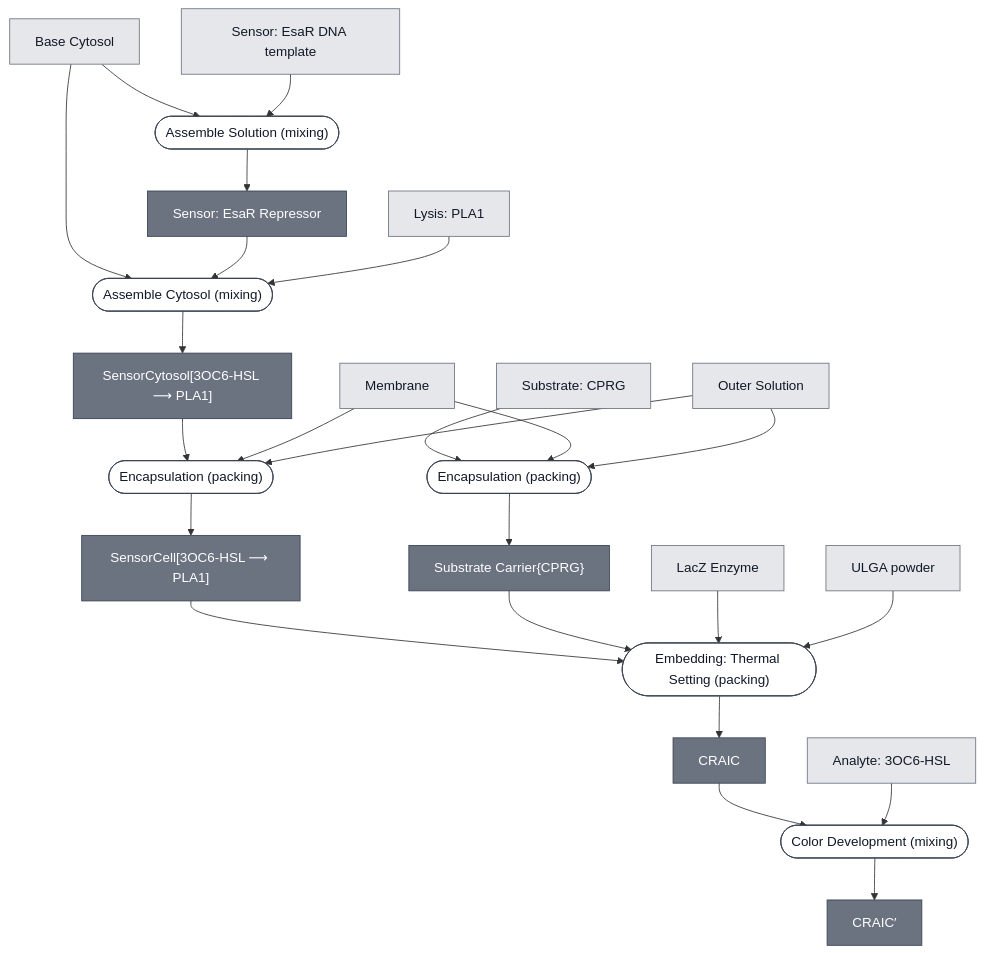
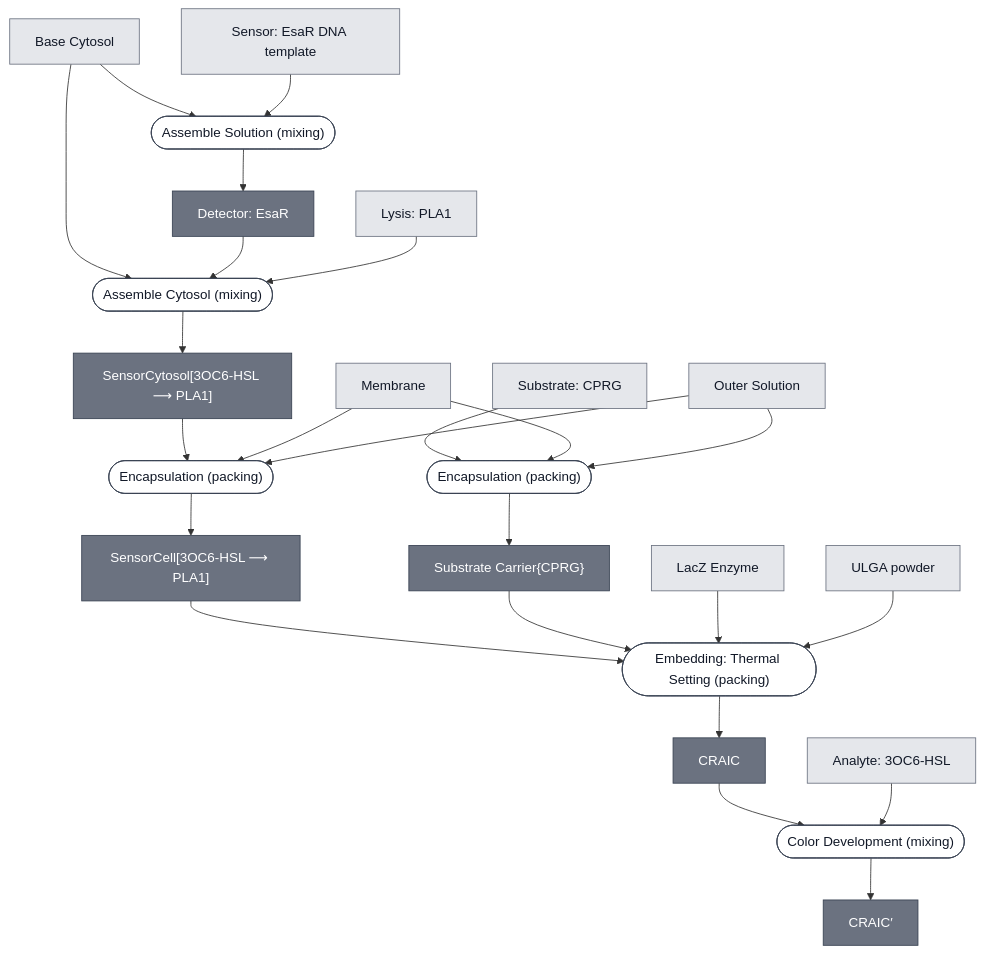
One commit to nucleus-eng/nucleus-docs changed the diagram in docs/modules/craic-cascade/spec.md. Above: the diagram before and after it, drawn with Mermaid. The commit also changed 8 other files, not shown here.

First line of the commit message:
The meet renderer says when a cascade contributes nothing, and EsaR gets a page

````diff
--- a/docs/modules/craic-cascade/spec.md
+++ b/docs/modules/craic-cascade/spec.md
@@ -35,77 +35,78 @@
 ```mermaid
 flowchart TD
     BASE_CYTOSOL["Base Cytosol"]
     ESAR_DNA["Sensor: EsaR DNA template"]
     EFFECTOR_PLA1["Lysis: PLA1"]
     MEMBRANE_CRAIC["Membrane"]
     OUTER_SOLUTION["Outer Solution"]
     SUBSTRATE_CPRG["Substrate: CPRG"]
     REPORTER_LACZ_ENZYME["LacZ Enzyme"]
     ULGA_POWDER["ULGA powder"]
     ANALYTE_3OC6_HSL["Analyte: 3OC6-HSL"]
 
     P1_EXPRESS_REPRESSOR_0(["Assemble Solution (mixing)"])
-    ESAR_REPRESSOR["Sensor: EsaR Repressor"]
+    DETECTOR_ESAR["Detector: EsaR"]
     P2_ASSEMBLE_CYTOSOL_0(["Assemble Cytosol (mixing)"])
     CRAIC_SENSOR_CYTOSOL["SensorCytosol[3OC6-HSL ⟶ PLA1]"]
     P3_ENCAPSULATE_SENSING_0(["Encapsulation (packing)"])
     CRAIC_SENSING_CELL["SensorCell[3OC6-HSL ⟶ PLA1]"]
     P4_ENCAPSULATE_SUBSTRATE_0(["Encapsulation (packing)"])
     CRAIC_SUBSTRATE_CARRIER["Substrate Carrier{CPRG}"]
     P5_EMBED_ULGA_0(["Embedding: Thermal Setting (packing)"])
     CRAIC_CASCADE["CRAIC"]
     P6_DEVELOP_0(["Color Development (mixing)"])
     CRAIC_CASCADE_DEVELOPED["CRAIC′"]
 
     BASE_CYTOSOL --> P1_EXPRESS_REPRESSOR_0
     ESAR_DNA --> P1_EXPRESS_REPRESSOR_0
-    P1_EXPRESS_REPRESSOR_0 --> ESAR_REPRESSOR
+    P1_EXPRESS_REPRESSOR_0 --> DETECTOR_ESAR
 
     BASE_CYTOSOL --> P2_ASSEMBLE_CYTOSOL_0
-    ESAR_REPRESSOR --> P2_ASSEMBLE_CYTOSOL_0
+    DETECTOR_ESAR --> P2_ASSEMBLE_CYTOSOL_0
     EFFECTOR_PLA1 --> P2_ASSEMBLE_CYTOSOL_0
     P2_ASSEMBLE_CYTOSOL_0 --> CRAIC_SENSOR_CYTOSOL
 
     CRAIC_SENSOR_CYTOSOL --> P3_ENCAPSULATE_SENSING_0
     MEMBRANE_CRAIC --> P3_ENCAPSULATE_SENSING_0
     OUTER_SOLUTION --> P3_ENCAPSULATE_SENSING_0
     P3_ENCAPSULATE_SENSING_0 --> CRAIC_SENSING_CELL
 
     SUBSTRATE_CPRG --> P4_ENCAPSULATE_SUBSTRATE_0
     MEMBRANE_CRAIC --> P4_ENCAPSULATE_SUBSTRATE_0
     OUTER_SOLUTION --> P4_ENCAPSULATE_SUBSTRATE_0
     P4_ENCAPSULATE_SUBSTRATE_0 --> CRAIC_SUBSTRATE_CARRIER
 
     CRAIC_SENSING_CELL --> P5_EMBED_ULGA_0
     CRAIC_SUBSTRATE_CARRIER --> P5_EMBED_ULGA_0
     REPORTER_LACZ_ENZYME --> P5_EMBED_ULGA_0
     ULGA_POWDER --> P5_EMBED_ULGA_0
     P5_EMBED_ULGA_0 --> CRAIC_CASCADE
 
     CRAIC_CASCADE --> P6_DEVELOP_0
     ANALYTE_3OC6_HSL --> P6_DEVELOP_0
     P6_DEVELOP_0 --> CRAIC_CASCADE_DEVELOPED
 
 
     classDef leaf     fill:#e5e7eb,stroke:#6b7280,color:#111827;
     classDef composed fill:#6b7280,stroke:#374151,color:#ffffff;
     classDef process  fill:#ffffff,stroke:#374151,color:#111827;
     class BASE_CYTOSOL,ESAR_DNA,EFFECTOR_PLA1,MEMBRANE_CRAIC,OUTER_SOLUTION,SUBSTRATE_CPRG,REPORTER_LACZ_ENZYME,ULGA_POWDER,ANALYTE_3OC6_HSL leaf;
-    class ESAR_REPRESSOR,CRAIC_SENSOR_CYTOSOL,CRAIC_SENSING_CELL,CRAIC_SUBSTRATE_CARRIER,CRAIC_CASCADE,CRAIC_CASCADE_DEVELOPED composed;
+    class DETECTOR_ESAR,CRAIC_SENSOR_CYTOSOL,CRAIC_SENSING_CELL,CRAIC_SUBSTRATE_CARRIER,CRAIC_CASCADE,CRAIC_CASCADE_DEVELOPED composed;
     class P1_EXPRESS_REPRESSOR_0,P2_ASSEMBLE_CYTOSOL_0,P3_ENCAPSULATE_SENSING_0,P4_ENCAPSULATE_SUBSTRATE_0,P5_EMBED_ULGA_0,P6_DEVELOP_0 process;
 
     click BASE_CYTOSOL "/docs/modules/base-cytosol/spec"
     click EFFECTOR_PLA1 "/docs/modules/effector-pla1/spec"
     click OUTER_SOLUTION "/docs/modules/outer-solution/spec"
     click SUBSTRATE_CPRG "/docs/modules/substrate-cprg/spec"
     click REPORTER_LACZ_ENZYME "/docs/modules/reporter-lacz-enzyme/spec"
     click ULGA_POWDER "/docs/modules/gel-ulga/spec"
     click ANALYTE_3OC6_HSL "/docs/modules/analyte-3oc6-hsl/spec"
     click P1_EXPRESS_REPRESSOR_0 "/docs/processes/assemble-cytosol/assemble-cytosol-main"
+    click DETECTOR_ESAR "/docs/modules/detector-esar/spec"
     click P2_ASSEMBLE_CYTOSOL_0 "/docs/processes/assemble-cytosol/assemble-cytosol-main"
     click P3_ENCAPSULATE_SENSING_0 "/docs/processes/encapsulate/main"
     click P4_ENCAPSULATE_SUBSTRATE_0 "/docs/processes/encapsulate/main"
     click P5_EMBED_ULGA_0 "/docs/processes/embed-thermal-setting/main"
     click CRAIC_CASCADE "/docs/modules/craic-cascade/spec"
     click P6_DEVELOP_0 "/docs/processes/color-development/main"
 ```
````
